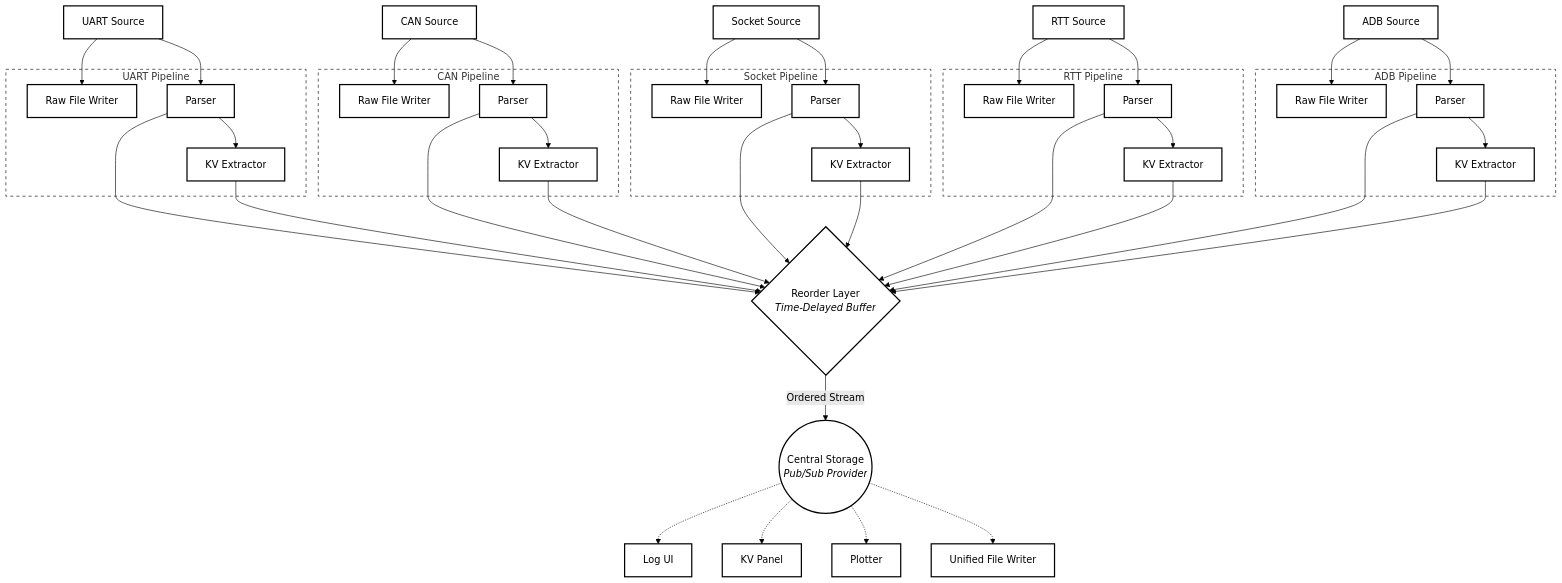
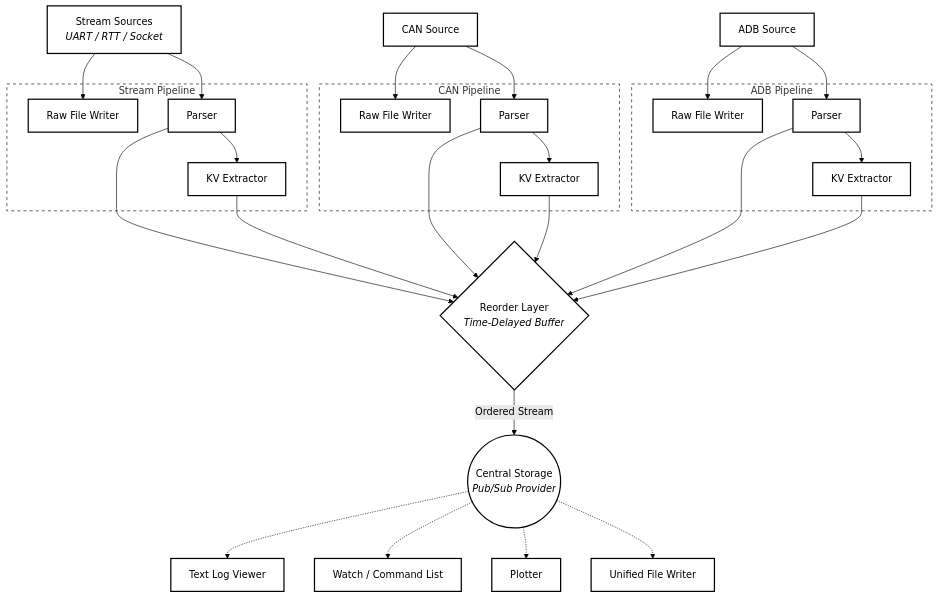
The diagram in README.md (roland2025/blinkview), drawn with Mermaid (forest theme) before and after one commit. The commit also changed other lines of this file and 3 other files, not shown here.

````diff
--- a/README.md
+++ b/README.md
@@ -77,35 +116,21 @@
 ```mermaid
 graph TD
     %% Source Nodes
-    UART[UART Source]
+    StreamSource[Stream Sources <br/> <i>UART / RTT / Socket</i>]
     CAN[CAN Source]
-    Socket[Socket Source]
-    RTT[RTT Source]
     ADB[ADB Source]
 
     %% Pipeline Subgraphs
-    subgraph UART_Pipe [UART Pipeline]
-        UART_Raw[Raw File Writer]
-        UART_P[Parser]
-        UART_KV[KV Extractor]
+    subgraph Stream_Pipe [Stream Pipeline]
+        Stream_Raw[Raw File Writer]
+        Stream_P[Parser]
+        Stream_KV[KV Extractor]
     end
 
     subgraph CAN_Pipe [CAN Pipeline]
         CAN_Raw[Raw File Writer]
         CAN_P[Parser]
         CAN_KV[KV Extractor]
-    end
-
-    subgraph Sock_Pipe [Socket Pipeline]
-        Sock_Raw[Raw File Writer]
-        Sock_P[Parser]
-        Sock_KV[KV Extractor]
-    end
-
-    subgraph RTT_Pipe [RTT Pipeline]
-        RTT_Raw[Raw File Writer]
-        RTT_P[Parser]
-        RTT_KV[KV Extractor]
     end
 
     subgraph ADB_Pipe [ADB Pipeline]
@@ -121,54 +146,38 @@
     Storage((Central Storage <br/> <i>Pub/Sub Provider</i>))
 
     %% Output Nodes
-    LogUI[Log UI]
-    KVPanel[KV Panel]
+    LogView[Text Log Viewer]
+    WatchCmd[Watch / Command List]
     Plotter[Plotter]
     UWriter[Unified File Writer]
 
-    %% Flow within Pipelines
-    UART --> UART_Raw
-    UART --> UART_P
-    UART_P --> UART_KV
-    UART_P & UART_KV --> Reorder
+    %% Flow
+    StreamSource --> Stream_Raw
+    StreamSource --> Stream_P
+    Stream_P --> Stream_KV
+    Stream_P & Stream_KV --> Reorder
 
     CAN --> CAN_Raw
     CAN --> CAN_P
     CAN_P --> CAN_KV
     CAN_P & CAN_KV --> Reorder
 
-    Socket --> Sock_Raw
-    Socket --> Sock_P
-    Sock_P --> Sock_KV
-    Sock_P & Sock_KV --> Reorder
-
-    RTT --> RTT_Raw
-    RTT --> RTT_P
-    RTT_P --> RTT_KV
-    RTT_P & RTT_KV --> Reorder
-
     ADB --> ADB_Raw
     ADB --> ADB_P
     ADB_P --> ADB_KV
     ADB_P & ADB_KV --> Reorder
 
-    %% Chronological Alignment to Hub
     Reorder -- "Ordered Stream" --> Storage
     
-    %% Pub/Sub Distribution
-    Storage -.-> LogUI
-    Storage -.-> KVPanel
+    Storage -.-> LogView
+    Storage -.-> WatchCmd
     Storage -.-> Plotter
     Storage -.-> UWriter
 
     %% B&W Styling
     classDef bw fill:#fff,stroke:#000,stroke-width:2px,color:#000
-    class UART,CAN,Socket,RTT,ADB,UART_P,CAN_P,Sock_P,RTT_P,ADB_P,UART_KV,CAN_KV,Sock_KV,RTT_KV,ADB_KV,UART_Raw,CAN_Raw,Sock_Raw,RTT_Raw,ADB_Raw,Reorder,Storage,LogUI,KVPanel,Plotter,UWriter bw
-    
-    %% Subgraph Styling
-    style UART_Pipe fill:none,stroke:#000,stroke-dasharray: 5 5
+    class StreamSource,CAN,ADB,Stream_P,CAN_P,ADB_P,Stream_KV,CAN_KV,ADB_KV,Stream_Raw,CAN_Raw,ADB_Raw,Reorder,Storage,LogView,WatchCmd,Plotter,UWriter bw
+    style Stream_Pipe fill:none,stroke:#000,stroke-dasharray: 5 5
     style CAN_Pipe fill:none,stroke:#000,stroke-dasharray: 5 5
-    style Sock_Pipe fill:none,stroke:#000,stroke-dasharray: 5 5
-    style RTT_Pipe fill:none,stroke:#000,stroke-dasharray: 5 5
     style ADB_Pipe fill:none,stroke:#000,stroke-dasharray: 5 5
 ```
````
